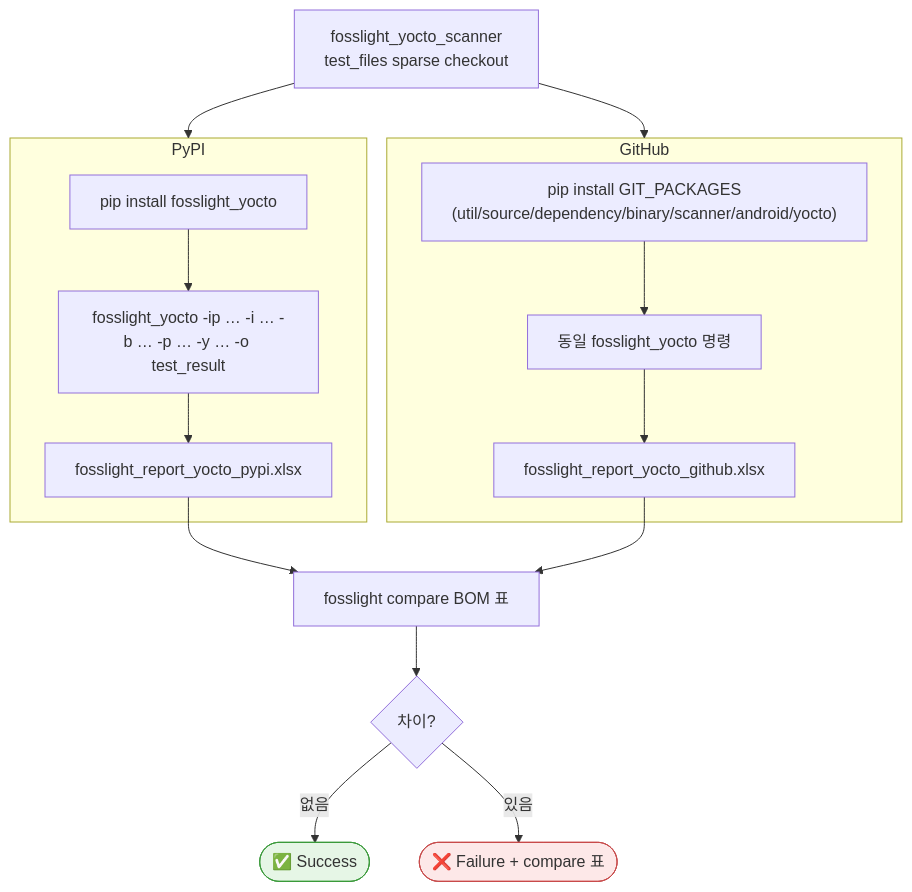
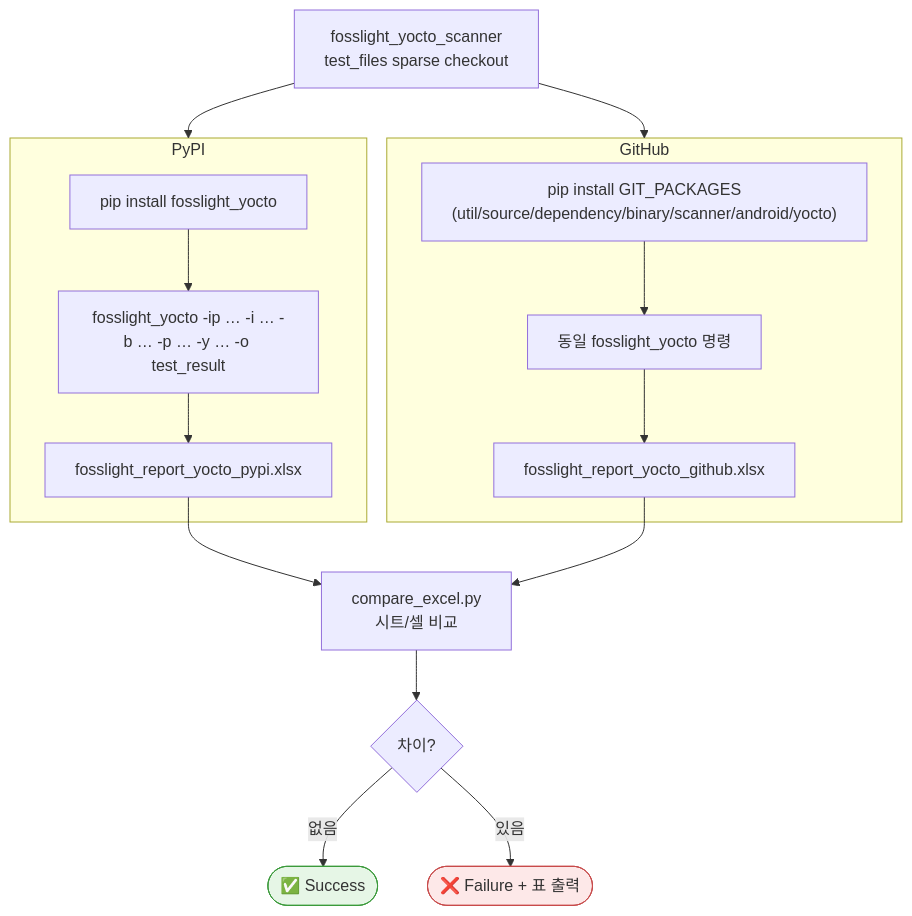
One commit to fosslight/fosslight_scanner_test changed the second of 3 diagrams in docs/flowchart.md. Above: the diagram before and after it, drawn with Mermaid. The commit also changed other lines of this file and 5 other files, not shown here.

First line of the commit message:
Switch scanner/yocto Excel checks to sheet-level cell compare.

````diff
--- a/docs/flowchart.md
+++ b/docs/flowchart.md
@@ -63,28 +63,28 @@
 ```mermaid
 flowchart TD
     Fetch[fosslight_yocto_scanner<br/>test_files sparse checkout] --> PyPI
     Fetch --> GitHub
 
     subgraph PyPI["PyPI"]
         P1["pip install fosslight_yocto"]
         P2["fosslight_yocto -ip … -i … -b … -p … -y … -o test_result"]
         P3[fosslight_report_yocto_pypi.xlsx]
         P1 --> P2 --> P3
     end
 
     subgraph GitHub["GitHub"]
         G1["pip install GIT_PACKAGES<br/>(util/source/dependency/binary/scanner/android/yocto)"]
         G2["동일 fosslight_yocto 명령"]
         G3[fosslight_report_yocto_github.xlsx]
         G1 --> G2 --> G3
     end
 
-    P3 --> Cmp[fosslight compare BOM 표]
+    P3 --> Cmp[compare_excel.py<br/>시트/셀 비교]
     G3 --> Cmp
     Cmp --> Out{차이?}
     Out -->|없음| OK([✅ Success])
-    Out -->|있음| NG([❌ Failure + compare 표])
+    Out -->|있음| NG([❌ Failure + 표 출력])
 
     style OK fill:#e6f6e6,stroke:#3a9a3a
     style NG fill:#fde8e8,stroke:#c84a4a
 ```
````
